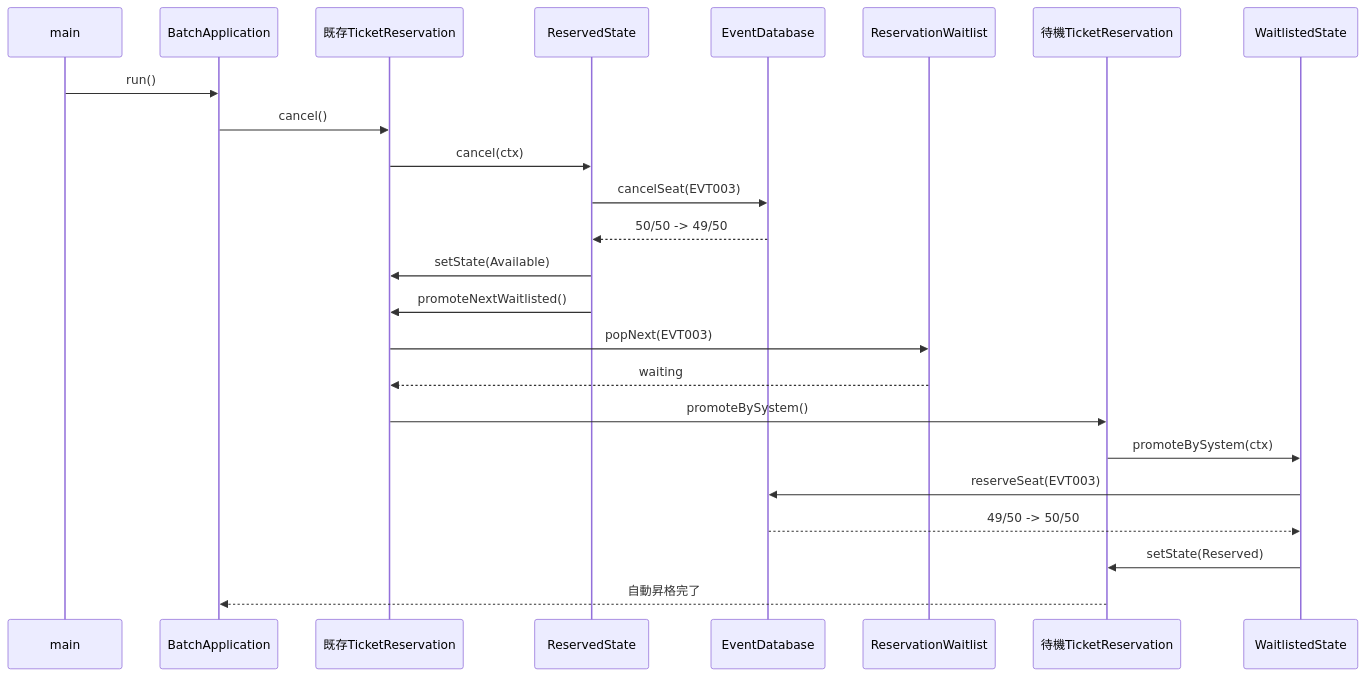
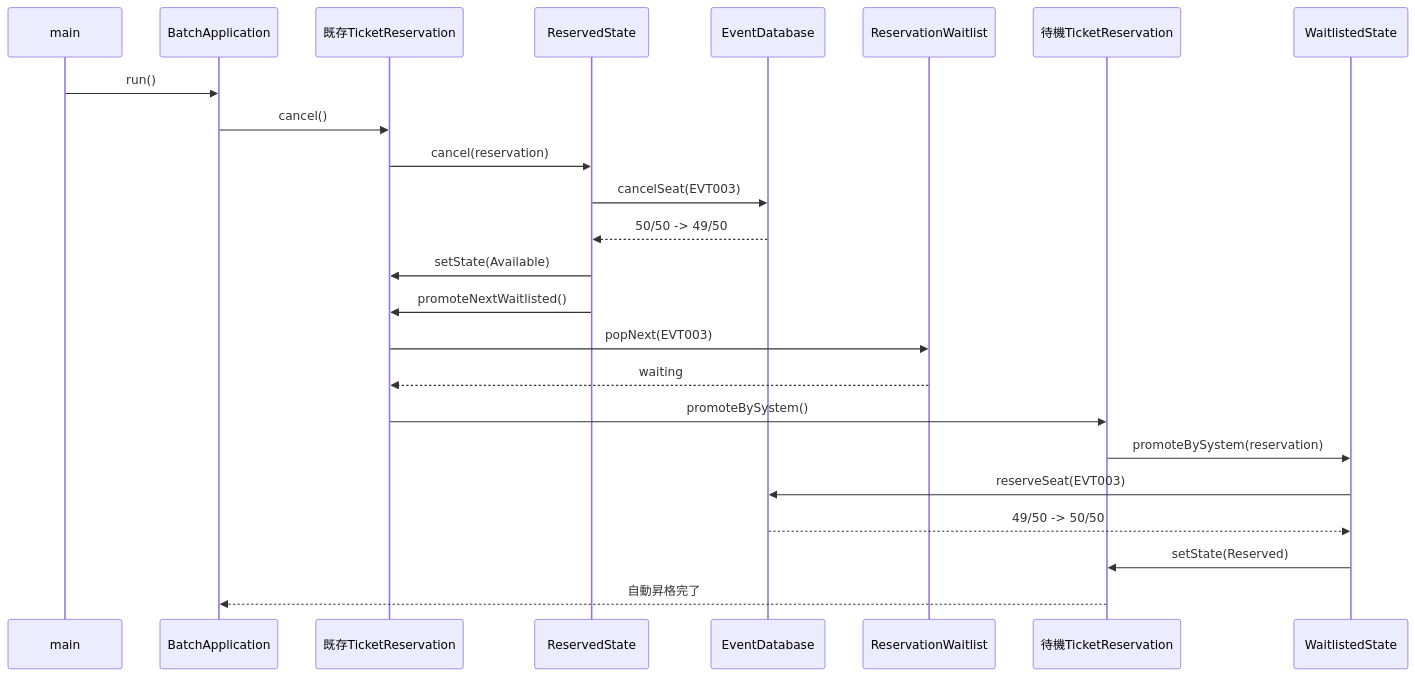
One commit to kumachan1101-pixel/DesignPattern changed diagram 18 of 23 in kindle/design-patterns/output/chapter03.md. Above: the diagram before and after it, drawn with Mermaid. The commit also changed other lines of this file and 21 other files, not shown here.

````diff
--- a/kindle/design-patterns/output/chapter03.md
+++ b/kindle/design-patterns/output/chapter03.md
@@ -1734,27 +1745,27 @@
 ```mermaid
 sequenceDiagram
     participant main
     participant BA as BatchApplication
     participant C as 既存TicketReservation
     participant RS as ReservedState
     participant DB as EventDatabase
     participant WQ as ReservationWaitlist
     participant W as 待機TicketReservation
     participant WS as WaitlistedState
 
     main->>BA: run()
     BA->>C: cancel()
-    C->>RS: cancel(ctx)
+    C->>RS: cancel(reservation)
     RS->>DB: cancelSeat(EVT003)
     DB-->>RS: 50/50 -> 49/50
     RS->>C: setState(Available)
     RS->>C: promoteNextWaitlisted()
     C->>WQ: popNext(EVT003)
     WQ-->>C: waiting
     C->>W: promoteBySystem()
-    W->>WS: promoteBySystem(ctx)
+    W->>WS: promoteBySystem(reservation)
     WS->>DB: reserveSeat(EVT003)
     DB-->>WS: 49/50 -> 50/50
     WS->>W: setState(Reserved)
     W-->>BA: 自動昇格完了
 ```
````
